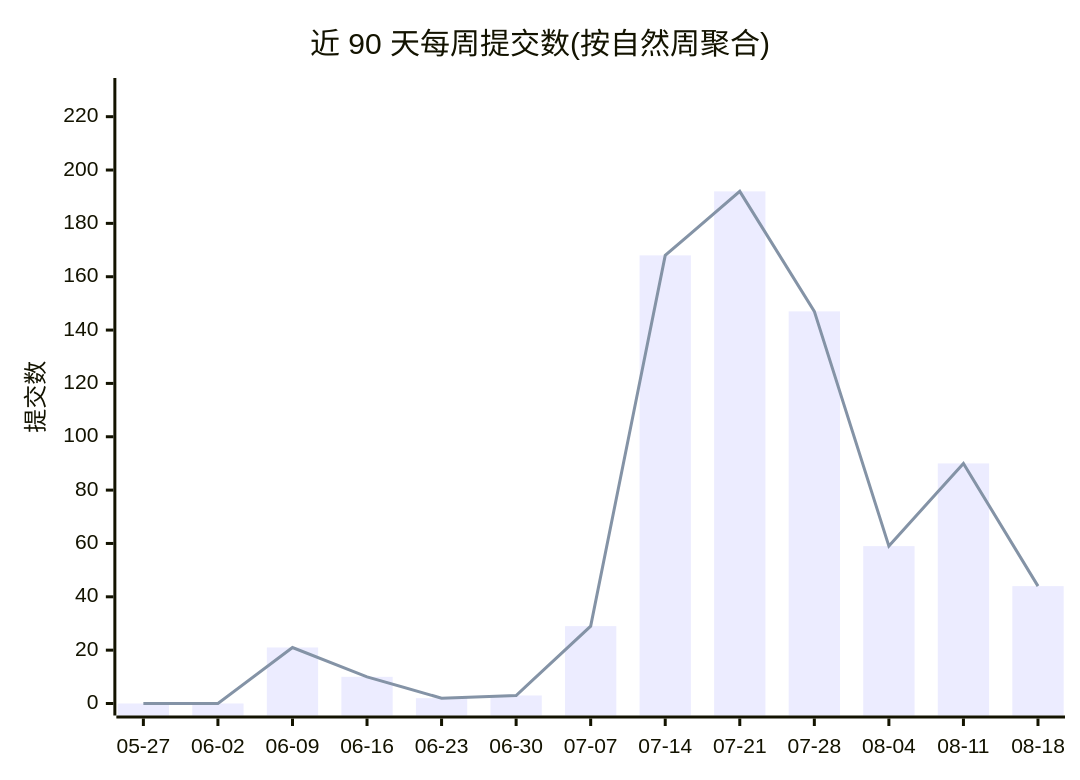
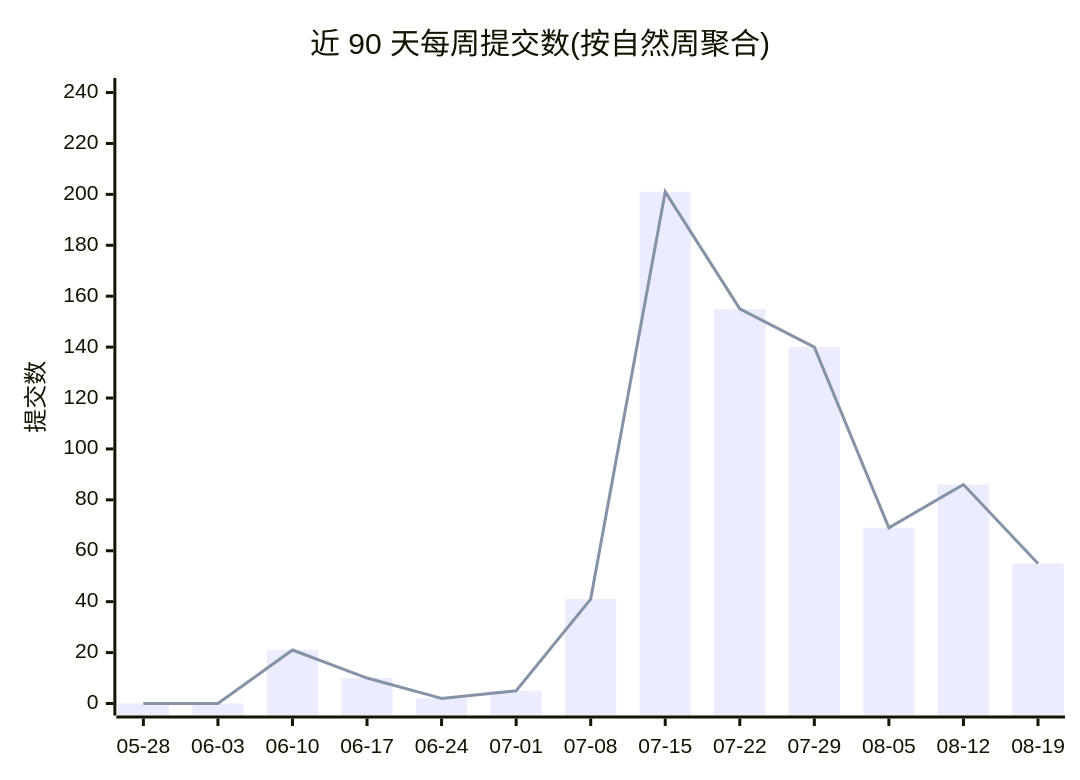
Before and after one commit to Conflux-Union/.github: the first of 2 diagrams in profile/README.md, drawn with Mermaid. The commit also changed other lines of this file and 1 other file, not shown here.

````diff
--- a/profile/README.md
+++ b/profile/README.md
@@ -44,8 +44,8 @@
 ```mermaid
 xychart-beta
     title "近 90 天每周提交数(按自然周聚合)"
-    x-axis ["05-27", "06-02", "06-09", "06-16", "06-23", "06-30", "07-07", "07-14", "07-21", "07-28", "08-04", "08-11", "08-18"]
-    y-axis "提交数" 0 --> 230
-    bar [0, 0, 21, 10, 2, 3, 29, 168, 192, 147, 59, 90, 44]
-    line [0, 0, 21, 10, 2, 3, 29, 168, 192, 147, 59, 90, 44]
+    x-axis ["05-28", "06-03", "06-10", "06-17", "06-24", "07-01", "07-08", "07-15", "07-22", "07-29", "08-05", "08-12", "08-19"]
+    y-axis "提交数" 0 --> 241
+    bar [0, 0, 21, 10, 2, 5, 41, 201, 155, 140, 69, 86, 55]
+    line [0, 0, 21, 10, 2, 5, 41, 201, 155, 140, 69, 86, 55]
 ```
````
